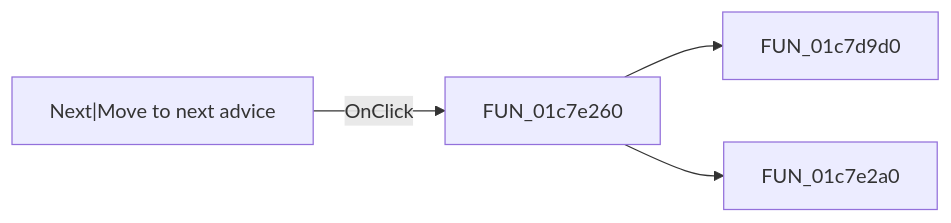
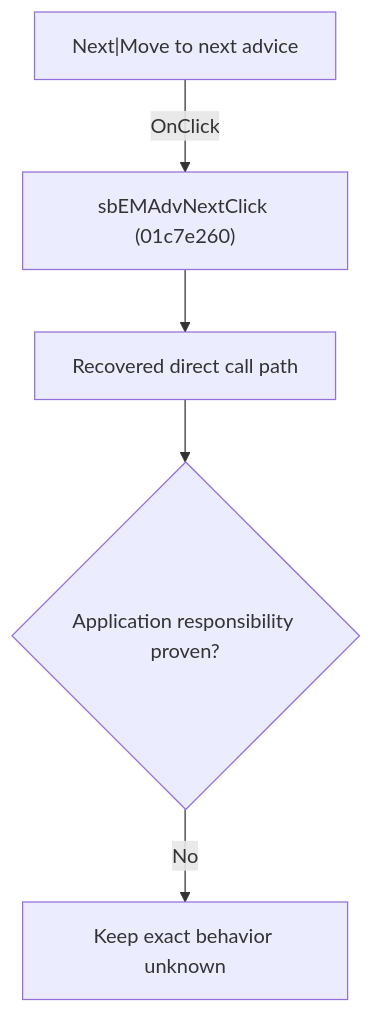
Before and after one commit to MovGP0/TIARA: the diagram in docs/ui-controls/schematiceditor/sbemadvnext-f2d96ea639.md, drawn with Mermaid. The commit also changed other lines of this file and 1062 other files, not shown here.

````diff
--- a/docs/ui-controls/schematiceditor/sbemadvnext-f2d96ea639.md
+++ b/docs/ui-controls/schematiceditor/sbemadvnext-f2d96ea639.md
@@ -27,6 +27,7 @@
 ```mermaid
-flowchart LR
-    control["Next|Move to next advice"] -->|OnClick| handler["FUN_01c7e260"]
-    handler --> call1["FUN_01c7d9d0"]
-    handler --> call2["FUN_01c7e2a0"]
+flowchart TD
+    control["Next|Move to next advice"] -->|"OnClick"| handler["sbEMAdvNextClick (01c7e260)"]
+    handler --> recovered["Recovered direct call path"]
+    recovered --> gap{"Application responsibility proven?"}
+    gap -->|"No"| blocked["Keep exact behavior unknown"]
 ```
````
